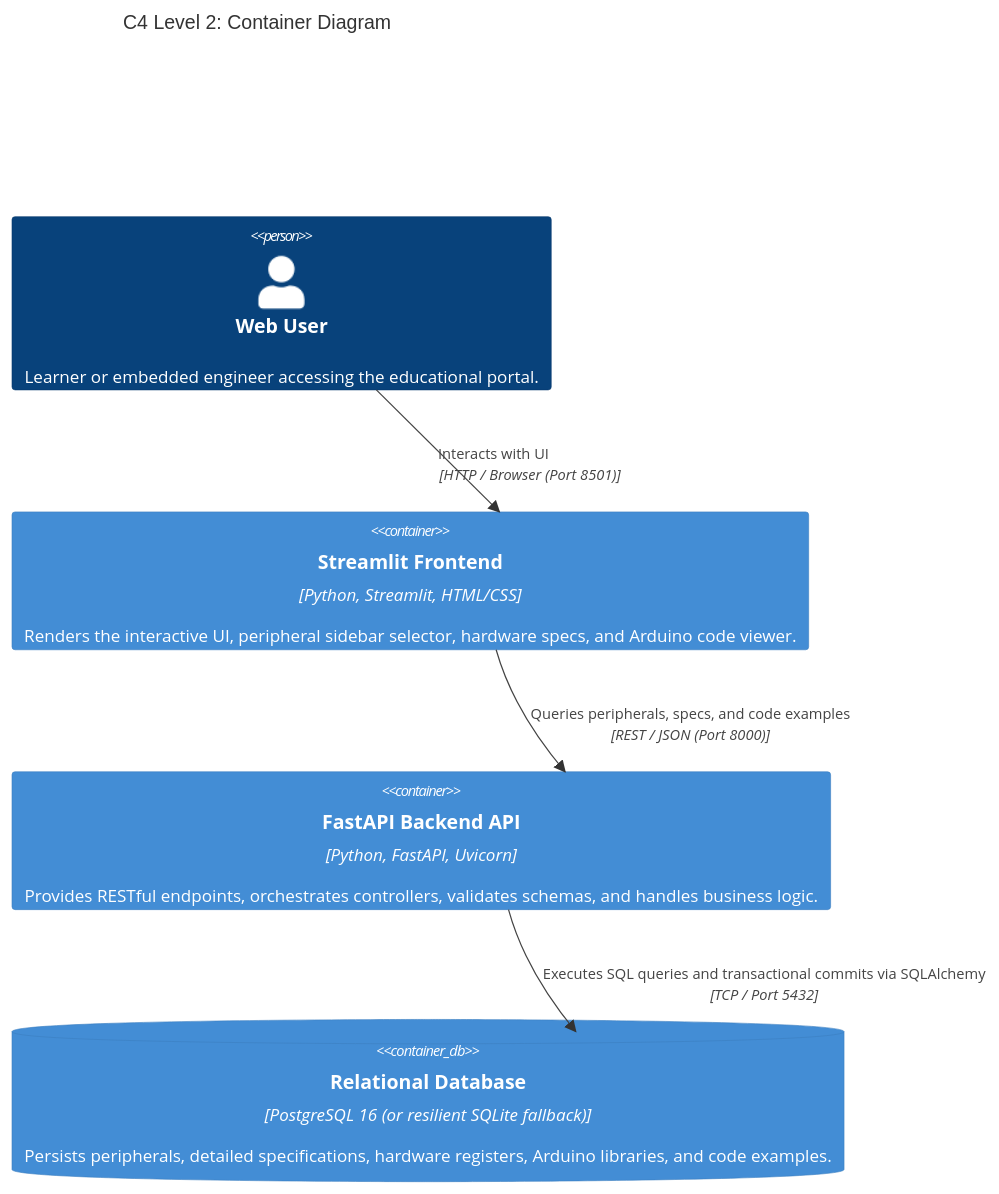
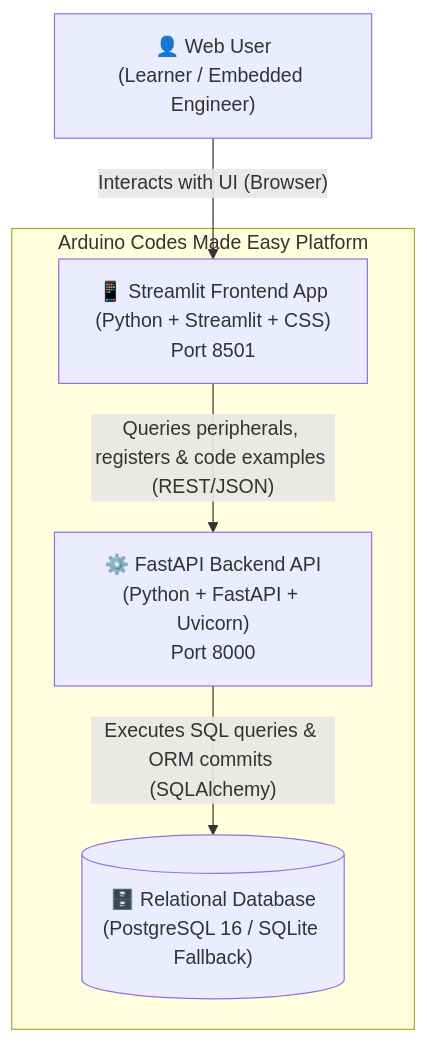
Before and after one commit to MSMRo/ARDUINO_CODES: the third of 5 diagrams in README.md, drawn with Mermaid. The commit also changed other lines of this file, not shown here.

Commit message:
refactor: replace C4 diagram notation with mermaid flowchart syntax in README documentation

````diff
--- a/README.md
+++ b/README.md
@@ -151,14 +146,14 @@
 ```mermaid
-C4Container
-    title C4 Level 2: Container Diagram
+flowchart TD
+    user["👤 Web User<br/>(Learner / Embedded Engineer)"]
 
-    Person(user, "Web User", "Learner or embedded engineer accessing the educational portal.")
+    subgraph Platform["Arduino Codes Made Easy Platform"]
+        frontend["📱 Streamlit Frontend App<br/>(Python + Streamlit + CSS)<br/>Port 8501"]
+        backend["⚙️ FastAPI Backend API<br/>(Python + FastAPI + Uvicorn)<br/>Port 8000"]
+        database[("🗄️ Relational Database<br/>(PostgreSQL 16 / SQLite Fallback)")]
+    end
 
-    Container(frontend, "Streamlit Frontend", "Python, Streamlit, HTML/CSS", "Renders the interactive UI, peripheral sidebar selector, hardware specs, and Arduino code viewer.")
-    Container(backend, "FastAPI Backend API", "Python, FastAPI, Uvicorn", "Provides RESTful endpoints, orchestrates controllers, validates schemas, and handles business logic.")
-    ContainerDb(database, "Relational Database", "PostgreSQL 16 (or resilient SQLite fallback)", "Persists peripherals, detailed specifications, hardware registers, Arduino libraries, and code examples.")
-
-    Rel(user, frontend, "Interacts with UI", "HTTP / Browser (Port 8501)")
-    Rel(frontend, backend, "Queries peripherals, specs, and code examples", "REST / JSON (Port 8000)")
-    Rel(backend, database, "Executes SQL queries and transactional commits via SQLAlchemy", "TCP / Port 5432")
+    user -->|"Interacts with UI (Browser)"| frontend
+    frontend -->|"Queries peripherals, registers & code examples (REST/JSON)"| backend
+    backend -->|"Executes SQL queries & ORM commits (SQLAlchemy)"| database
 ```
````
